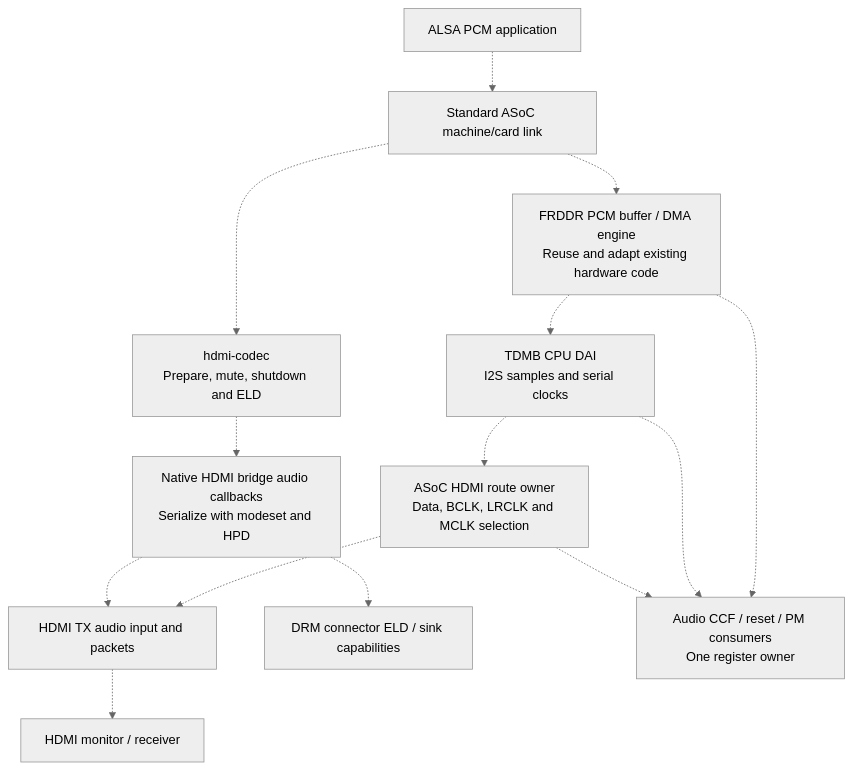
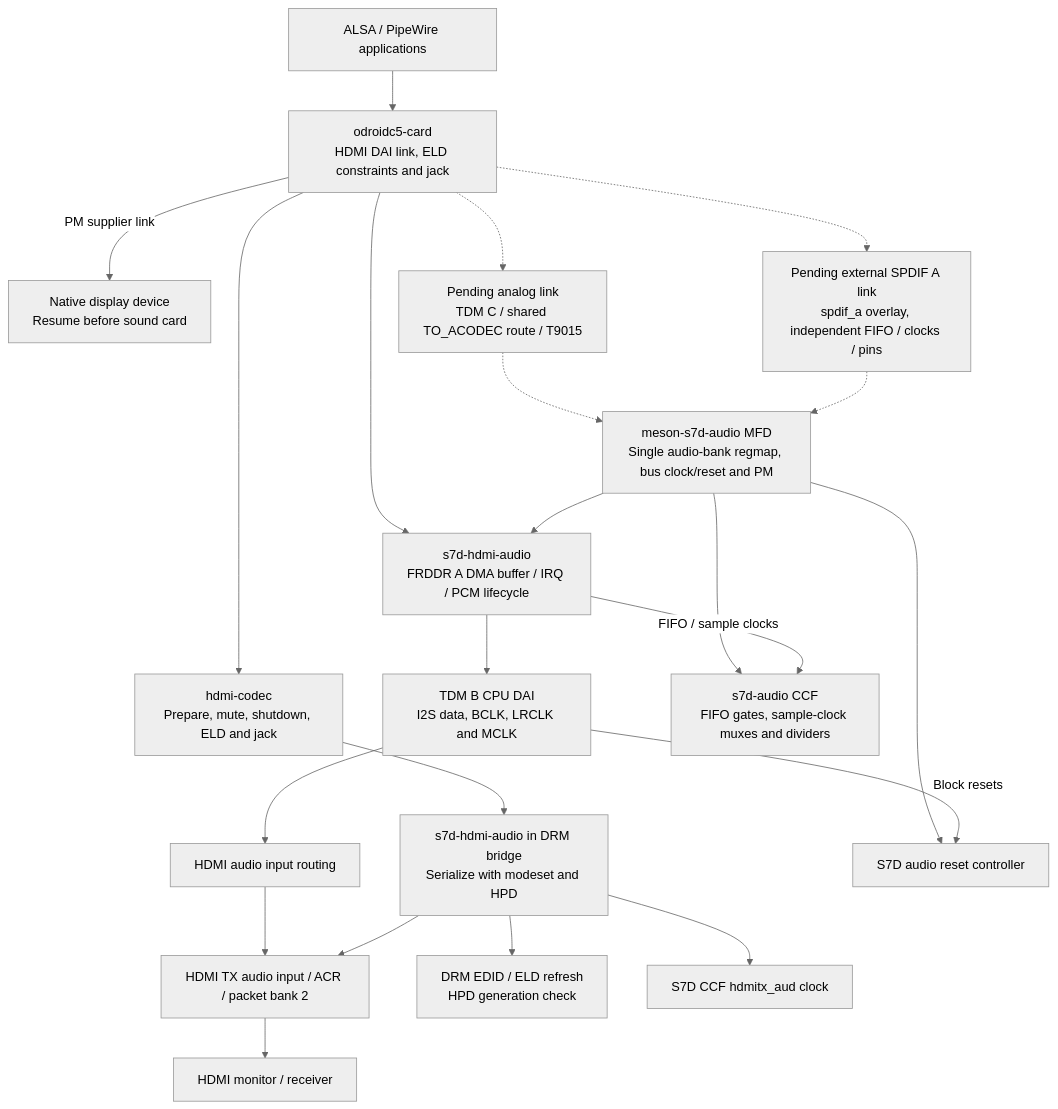
Before and after one commit to shinys000114/common_drivers: the fifth of 5 diagrams in README.md, drawn with Mermaid (neutral theme). The commit also changed other lines of this file, not shown here.

````diff
--- a/README.md
+++ b/README.md
@@ -335,16 +350,27 @@
 ```mermaid
 flowchart TB
-    pcm_app["ALSA PCM application"] -.-> pcm_card["Standard ASoC machine/card link"]
-    pcm_card -.-> pcm_dma["FRDDR PCM buffer / DMA engine<br/>Reuse and adapt existing hardware code"]
-    pcm_dma -.-> pcm_tdm["TDMB CPU DAI<br/>I2S samples and serial clocks"]
-    pcm_tdm -.-> pcm_route["ASoC HDMI route owner<br/>Data, BCLK, LRCLK and MCLK selection"]
-    pcm_route -.-> pcm_tx["HDMI TX audio input and packets"]
-    pcm_card -.-> pcm_codec["hdmi-codec<br/>Prepare, mute, shutdown and ELD"]
-    pcm_codec -.-> pcm_bridge["Native HDMI bridge audio callbacks<br/>Serialize with modeset and HPD"]
-    pcm_bridge -.-> pcm_tx
-    pcm_bridge -.-> pcm_eld["DRM connector ELD / sink capabilities"]
-    pcm_tx -.-> pcm_sink["HDMI monitor / receiver"]
-    pcm_dma -.-> pcm_res["Audio CCF / reset / PM consumers<br/>One register owner"]
-    pcm_tdm -.-> pcm_res
-    pcm_route -.-> pcm_res
+    pcm_app["ALSA / PipeWire applications"] --> pcm_card["odroidc5-card<br/>HDMI DAI link, ELD constraints and jack"]
+    pcm_card --> pcm_dma["s7d-hdmi-audio<br/>FRDDR A DMA buffer / IRQ / PCM lifecycle"]
+    pcm_dma --> pcm_tdm["TDM B CPU DAI<br/>I2S data, BCLK, LRCLK and MCLK"]
+    pcm_tdm --> pcm_route["HDMI audio input routing"]
+    pcm_route --> pcm_tx["HDMI TX audio input / ACR / packet bank 2"]
+    pcm_card --> pcm_codec["hdmi-codec<br/>Prepare, mute, shutdown, ELD and jack"]
+    pcm_codec --> pcm_bridge["s7d-hdmi-audio in DRM bridge<br/>Serialize with modeset and HPD"]
+    pcm_bridge --> pcm_tx
+    pcm_bridge --> pcm_eld["DRM EDID / ELD refresh<br/>HPD generation check"]
+    pcm_tx --> pcm_sink["HDMI monitor / receiver"]
+    pcm_card -->|"PM supplier link"| pcm_display["Native display device<br/>Resume before sound card"]
+
+    pcm_parent["meson-s7d-audio MFD<br/>Single audio-bank regmap, bus clock/reset and PM"]
+    pcm_parent --> pcm_clocks["s7d-audio CCF<br/>FIFO gates, sample-clock muxes and dividers"]
+    pcm_parent --> pcm_reset["S7D audio reset controller"]
+    pcm_parent --> pcm_dma
+    pcm_dma -->|"FIFO / sample clocks"| pcm_clocks
+    pcm_tdm -->|"Block resets"| pcm_reset
+    pcm_bridge --> pcm_txclock["S7D CCF hdmitx_aud clock"]
+
+    pcm_card -.-> pcm_analog["Pending analog link<br/>TDM C / shared TO_ACODEC route / T9015"]
+    pcm_card -.-> pcm_spdif["Pending external SPDIF A link<br/>spdif_a overlay, independent FIFO / clocks / pins"]
+    pcm_analog -.-> pcm_parent
+    pcm_spdif -.-> pcm_parent
 ```
````
